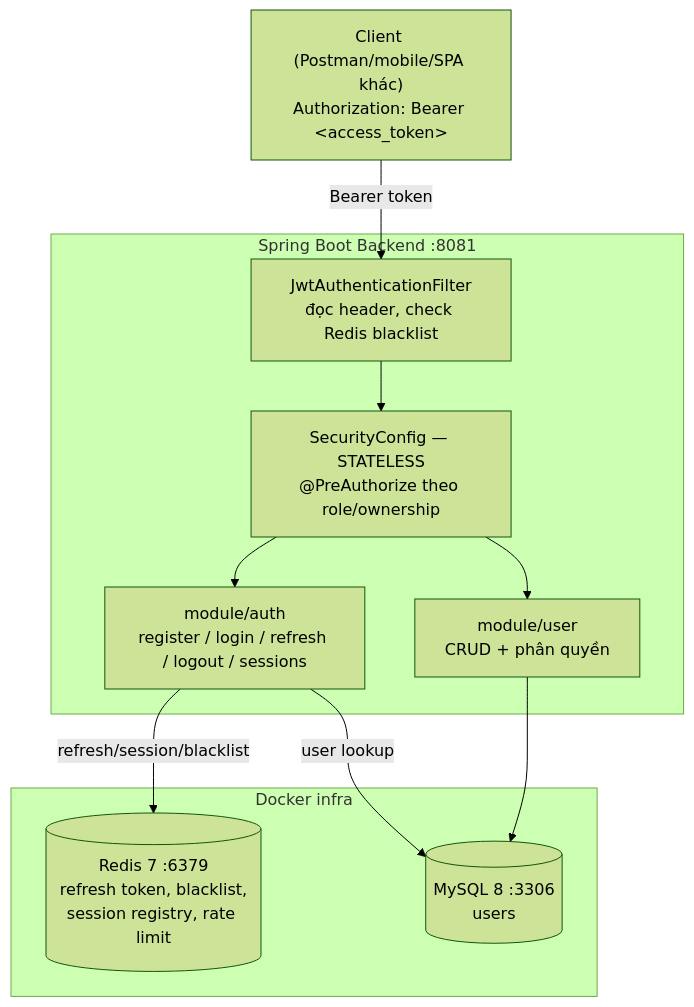
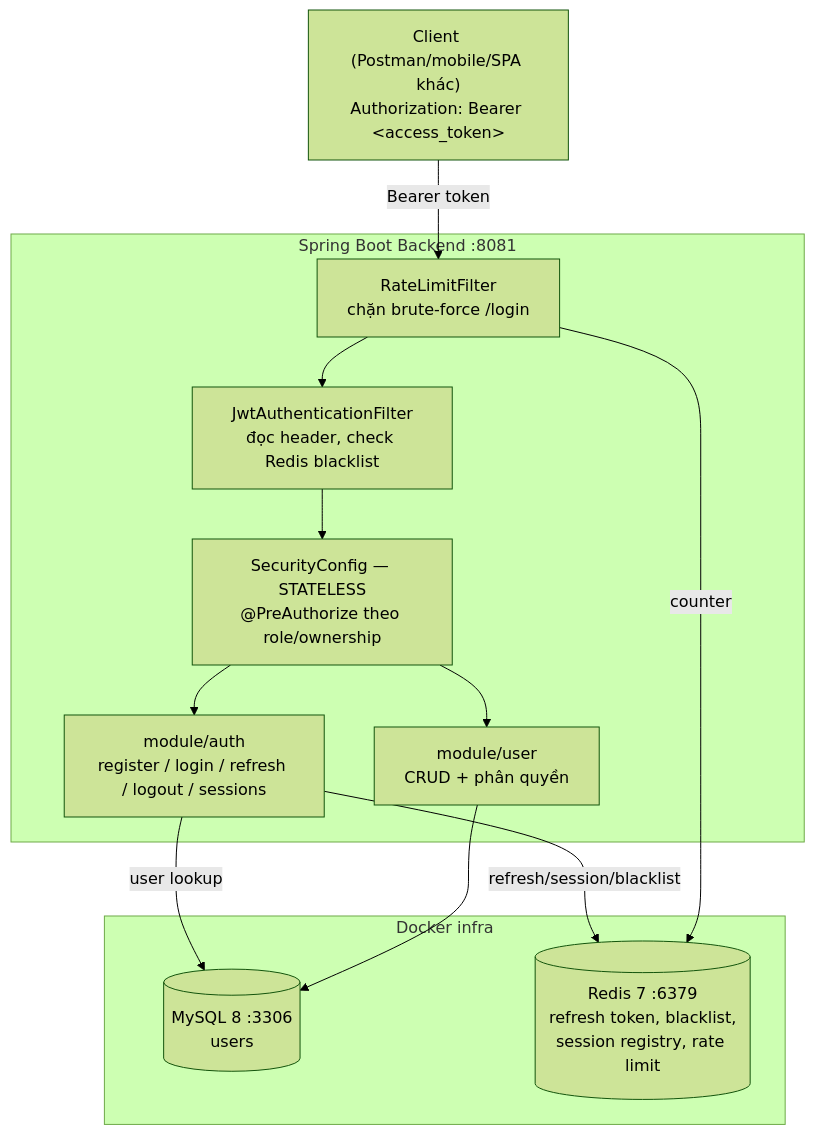
The diagram in docs/plans/10-spring-boot-blueprint.md (maaitlunghau/java-spring-boot-fundamentals), drawn with Mermaid (forest theme) before and after one commit. The commit also changed other lines of this file, not shown here.

Commit message:
docs(blueprint): expand roadmap with full step code

````diff
--- a/docs/plans/10-spring-boot-blueprint.md
+++ b/docs/plans/10-spring-boot-blueprint.md
@@ -57,23 +57,25 @@
 ```mermaid
 flowchart TB
     Client["Client (Postman/mobile/SPA khác)<br/>Authorization: Bearer &lt;access_token&gt;"]
 
     subgraph Backend["Spring Boot Backend :8081"]
+        RL["RateLimitFilter<br/>chặn brute-force /login"]
         Filter["JwtAuthenticationFilter<br/>đọc header, check Redis blacklist"]
         Sec["SecurityConfig — STATELESS<br/>@PreAuthorize theo role/ownership"]
         AuthMod["module/auth<br/>register / login / refresh / logout / sessions"]
         UserMod["module/user<br/>CRUD + phân quyền"]
     end
 
     subgraph Infra["Docker infra"]
         MySQL[("MySQL 8 :3306<br/>users")]
         Redis[("Redis 7 :6379<br/>refresh token, blacklist,<br/>session registry, rate limit")]
     end
 
-    Client -->|Bearer token| Filter --> Sec
+    Client -->|Bearer token| RL --> Filter --> Sec
     Sec --> AuthMod
     Sec --> UserMod
     AuthMod -->|refresh/session/blacklist| Redis
+    RL -->|counter| Redis
     AuthMod -->|user lookup| MySQL
     UserMod --> MySQL
 ```
````
